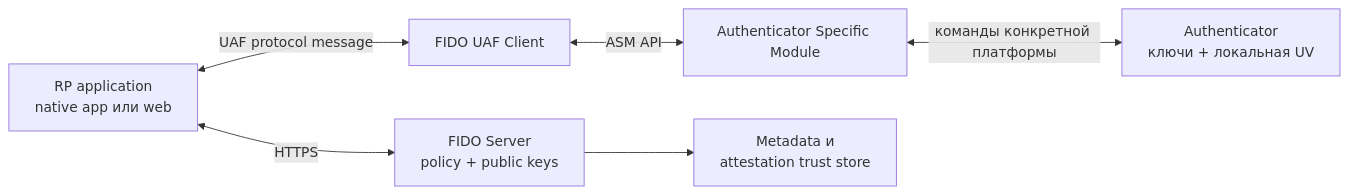
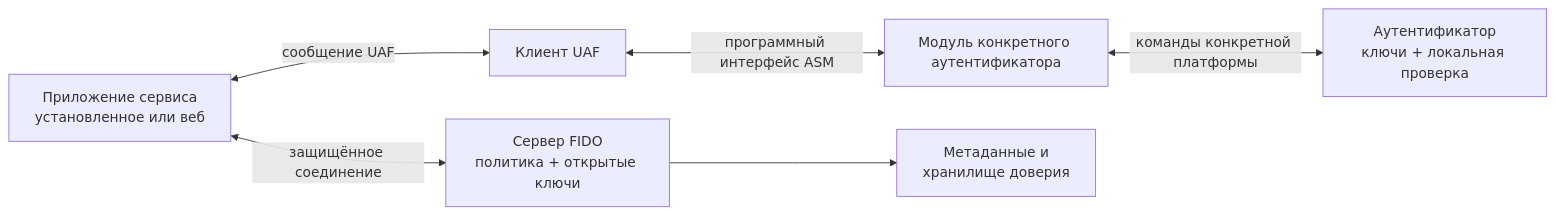
One commit to zapret-discordyoutube/todo changed the first of 2 diagrams in FIDO/uaf.md. Above: the diagram before and after it, drawn with Mermaid. The commit also changed other lines of this file and 8 other files, not shown here.

````diff
--- a/FIDO/uaf.md
+++ b/FIDO/uaf.md
@@ -39,8 +77,8 @@
 ```mermaid
 flowchart LR
-    RPApp["RP application<br>native app или web"] <-->|"UAF protocol message"| Client["FIDO UAF Client"]
-    Client <-->|"ASM API"| ASM["Authenticator Specific Module"]
-    ASM <-->|"команды конкретной платформы"| Auth["Authenticator<br>ключи + локальная UV"]
-    RPApp <-->|"HTTPS"| Server["FIDO Server<br>policy + public keys"]
-    Server --> Meta["Metadata и<br>attestation trust store"]
+    RPApp["Приложение сервиса<br>установленное или веб"] <-->|"сообщение UAF"| Client["Клиент UAF"]
+    Client <-->|"программный интерфейс ASM"| ASM["Модуль конкретного аутентификатора"]
+    ASM <-->|"команды конкретной платформы"| Auth["Аутентификатор<br>ключи + локальная проверка"]
+    RPApp <-->|"защищённое соединение"| Server["Сервер FIDO<br>политика + открытые ключи"]
+    Server --> Meta["Метаданные и<br>хранилище доверия"]
 ```
````
